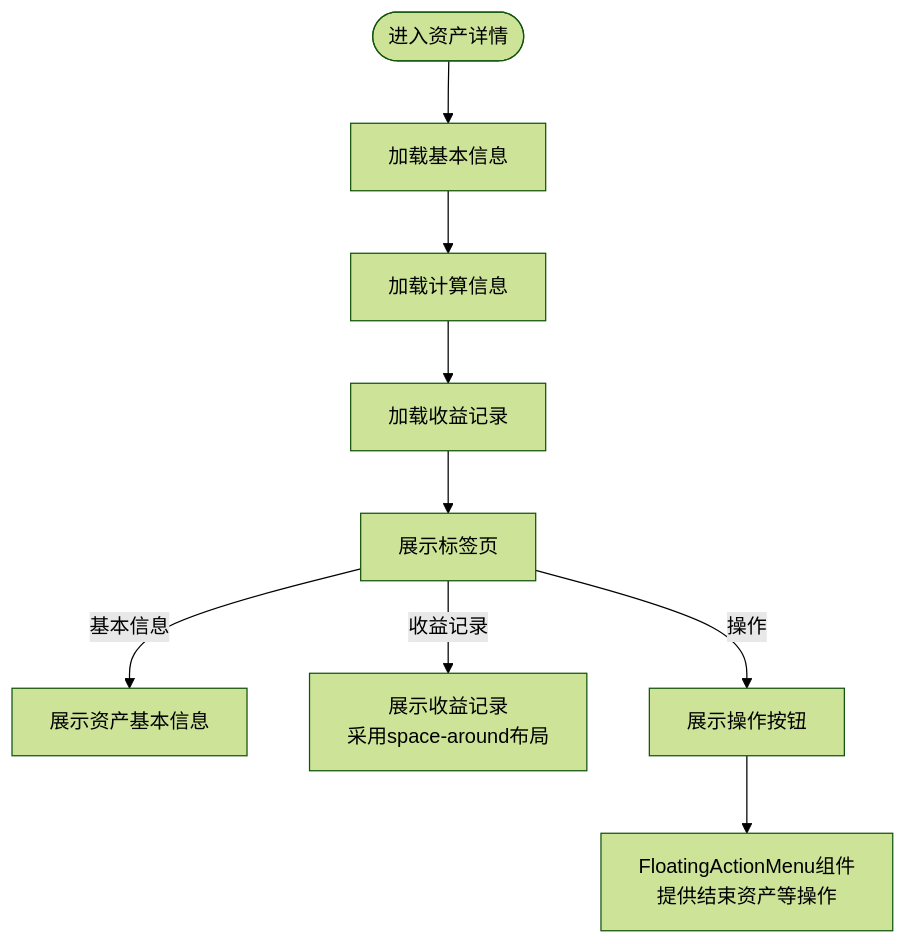
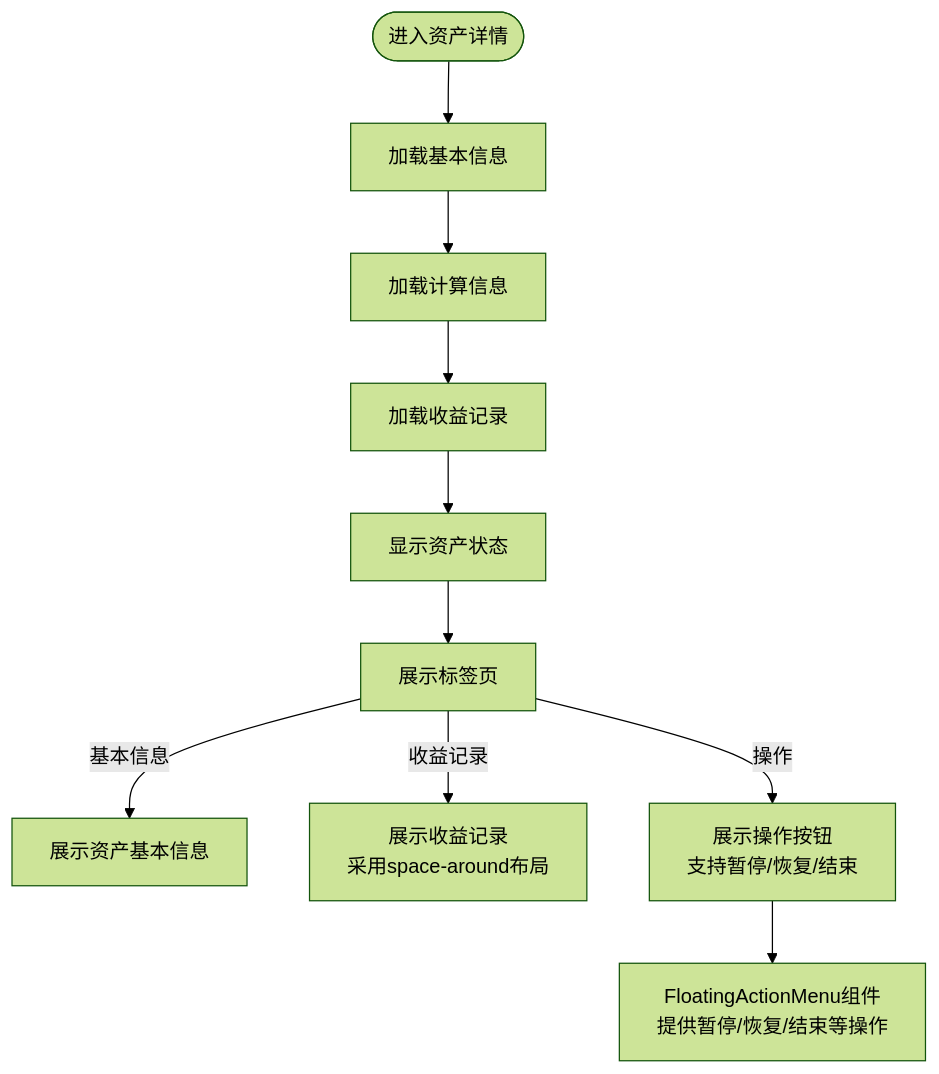
One commit to xiao-lin-unit/yuan changed the eighth of 15 diagrams in .qoder/repowiki/zh/content/资产管理/资产管理.md. Above: the diagram before and after it, drawn with Mermaid (forest theme). The commit also changed other lines of this file and 51 other files, not shown here.

````diff
--- a/.qoder/repowiki/zh/content/资产管理/资产管理.md
+++ b/.qoder/repowiki/zh/content/资产管理/资产管理.md
@@ -404,11 +421,12 @@
 ```mermaid
 flowchart TD
 Enter(["进入资产详情"]) --> LoadBasic["加载基本信息"]
 LoadBasic --> LoadCalc["加载计算信息"]
 LoadCalc --> LoadRecords["加载收益记录"]
-LoadRecords --> ShowTabs["展示标签页"]
+LoadRecords --> ShowStatus["显示资产状态"]
+ShowStatus --> ShowTabs["展示标签页"]
 ShowTabs --> |基本信息| BasicInfo["展示资产基本信息"]
 ShowTabs --> |收益记录| IncomeRecords["展示收益记录<br/>采用space-around布局"]
-ShowTabs --> |操作| Actions["展示操作按钮"]
-Actions --> FAM["FloatingActionMenu组件<br/>提供结束资产等操作"]
+ShowTabs --> |操作| Actions["展示操作按钮<br/>支持暂停/恢复/结束"]
+Actions --> FAM["FloatingActionMenu组件<br/>提供暂停/恢复/结束等操作"]
 ```
````
